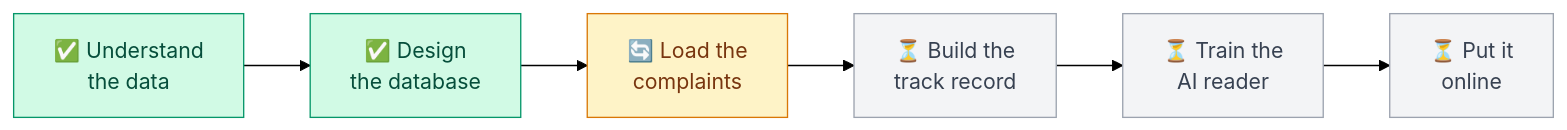
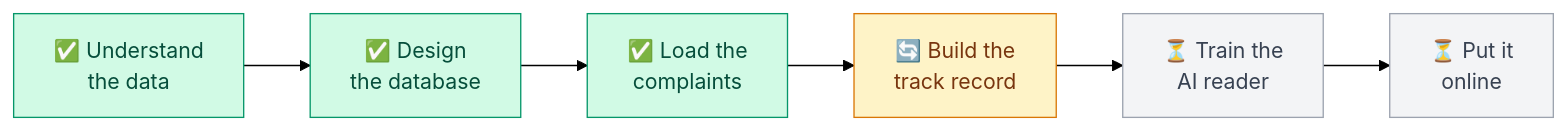
One commit to Bajaj30/TriageIQ changed diagram 14 of 14 in README.md. Above: the diagram before and after it, drawn with Mermaid (forest theme). The commit also changed other lines of this file and 2 other files, not shown here.

First line of the commit message:
README: add 'Under the hood' (snowflake, data journey, track-record steps); refresh progress

````diff
--- a/README.md
+++ b/README.md
@@ -253,10 +322,10 @@
 ```mermaid
 flowchart LR
-    A["✅ Understand<br/>the data"] --> B["✅ Design<br/>the database"] --> C["🔄 Load the<br/>complaints"] --> D["⏳ Build the<br/>track record"] --> E["⏳ Train the<br/>AI reader"] --> F["⏳ Put it<br/>online"]
+    A["✅ Understand<br/>the data"] --> B["✅ Design<br/>the database"] --> C["✅ Load the<br/>complaints"] --> D["🔄 Build the<br/>track record"] --> E["⏳ Train the<br/>AI reader"] --> F["⏳ Put it<br/>online"]
     classDef done fill:#d1fae5,stroke:#059669,color:#064e3b
     classDef doing fill:#fef3c7,stroke:#d97706,color:#78350f
     classDef todo fill:#f3f4f6,stroke:#9ca3af,color:#374151
-    class A,B done
-    class C doing
-    class D,E,F todo
+    class A,B,C done
+    class D doing
+    class E,F todo
 ```
````
